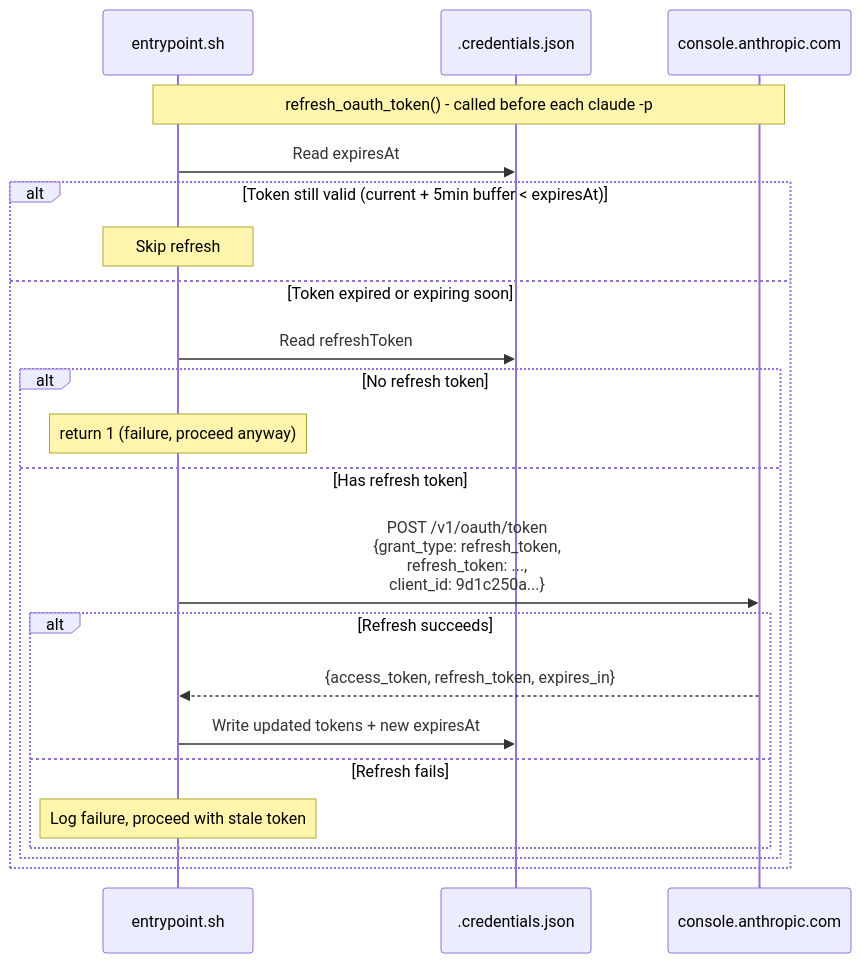
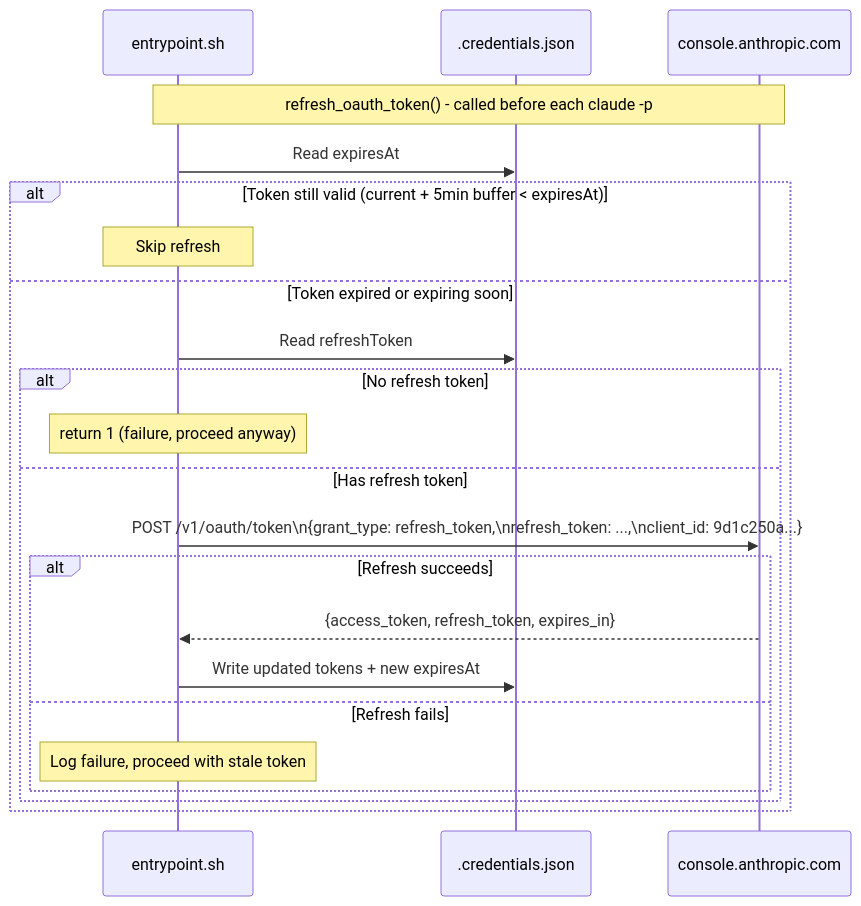
One commit to J-Gierend/gamePocGen changed the sixth of 9 diagrams in AI/document/11-security.md. Above: the diagram before and after it, drawn with Mermaid. The commit also changed other lines of this file and 5 other files, not shown here.

````diff
--- a/AI/document/11-security.md
+++ b/AI/document/11-security.md
@@ -144,26 +154,26 @@
 ```mermaid
 sequenceDiagram
     participant Entry as entrypoint.sh
     participant CredFile as .credentials.json
     participant Anthropic as console.anthropic.com
 
     Note over Entry,Anthropic: refresh_oauth_token() - called before each claude -p
 
     Entry->>CredFile: Read expiresAt
     alt Token still valid (current + 5min buffer < expiresAt)
         Note over Entry: Skip refresh
     else Token expired or expiring soon
         Entry->>CredFile: Read refreshToken
         alt No refresh token
             Note over Entry: return 1 (failure, proceed anyway)
         else Has refresh token
-            Entry->>Anthropic: POST /v1/oauth/token<br/>{grant_type: refresh_token,<br/>refresh_token: ...,<br/>client_id: 9d1c250a...}
+            Entry->>Anthropic: POST /v1/oauth/token\n{grant_type: refresh_token,\nrefresh_token: ...,\nclient_id: 9d1c250a...}
             alt Refresh succeeds
                 Anthropic-->>Entry: {access_token, refresh_token, expires_in}
                 Entry->>CredFile: Write updated tokens + new expiresAt
             else Refresh fails
                 Note over Entry: Log failure, proceed with stale token
             end
         end
     end
 ```
````
